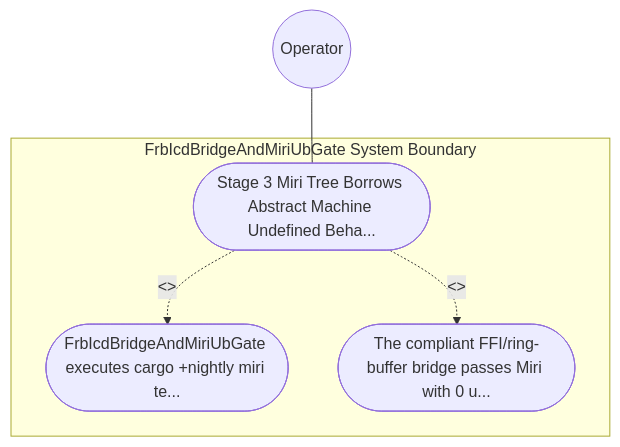
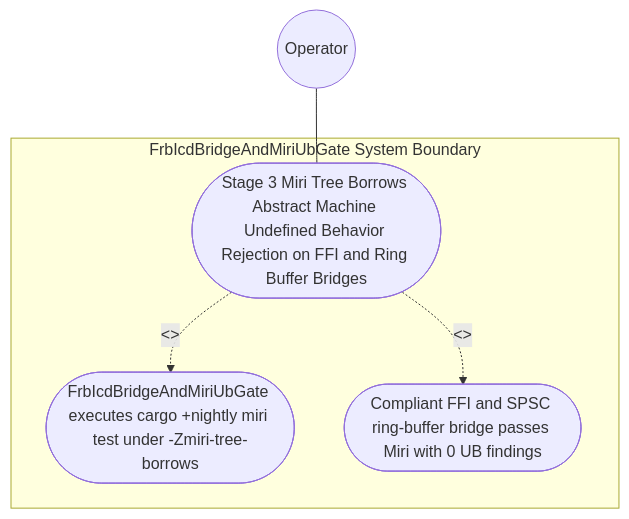
One commit to gintatkinson/DEAP01-spec-core changed the first of 2 diagrams in .pipeline/upstream/docs/use-cases/UC-49-Stage_3_Miri_Tree_Borrows_Abstract_Machine_Undefined_Behavior_Rejection_on_FFI_and_Ring_Buffer_Bridges.md. Above: the diagram before and after it, drawn with Mermaid. The commit also changed other lines of this file and 225 other files, not shown here.

````diff
--- a/.pipeline/upstream/docs/use-cases/UC-49-Stage_3_Miri_Tree_Borrows_Abstract_Machine_Undefined_Behavior_Rejection_on_FFI_and_Ring_Buffer_Bridges.md
+++ b/.pipeline/upstream/docs/use-cases/UC-49-Stage_3_Miri_Tree_Borrows_Abstract_Machine_Undefined_Behavior_Rejection_on_FFI_and_Ring_Buffer_Bridges.md
@@ -16,11 +19,11 @@
 ```mermaid
 graph TD
     subgraph "FrbIcdBridgeAndMiriUbGate System Boundary"
-        UC_Main(["Stage 3 Miri Tree Borrows Abstract Machine Undefined Beha..."])
-        UC_Step01(["FrbIcdBridgeAndMiriUbGate executes cargo +nightly miri te..."])
-        UC_Step02(["The compliant FFI/ring-buffer bridge passes Miri with 0 u..."])
+        UC_Main(["Stage 3 Miri Tree Borrows Abstract Machine Undefined Behavior Rejection on FFI and Ring Buffer Bridges"])
+        UC_Step01(["FrbIcdBridgeAndMiriUbGate executes cargo +nightly miri test under -Zmiri-tree-borrows"])
+        UC_Step02(["Compliant FFI and SPSC ring-buffer bridge passes Miri with 0 UB findings"])
     end
     Operator(("Operator")) --- UC_Main
     UC_Main -. "<<include>>" .-> UC_Step01
     UC_Main -. "<<include>>" .-> UC_Step02
 ```
````
